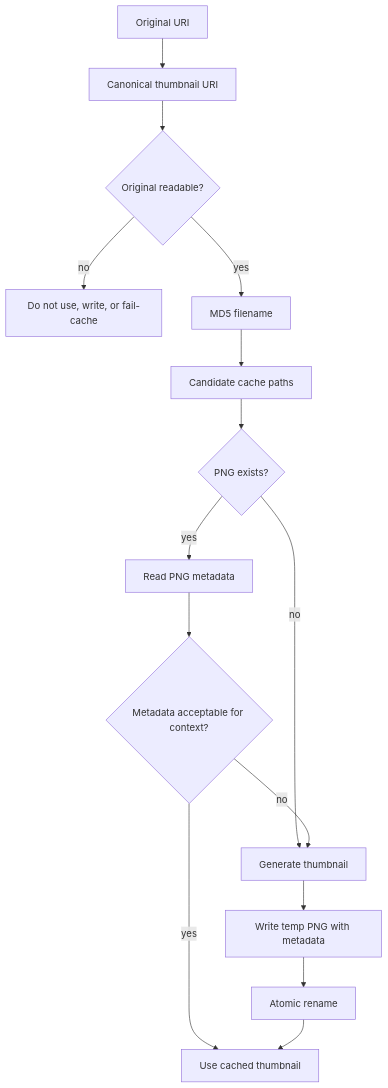
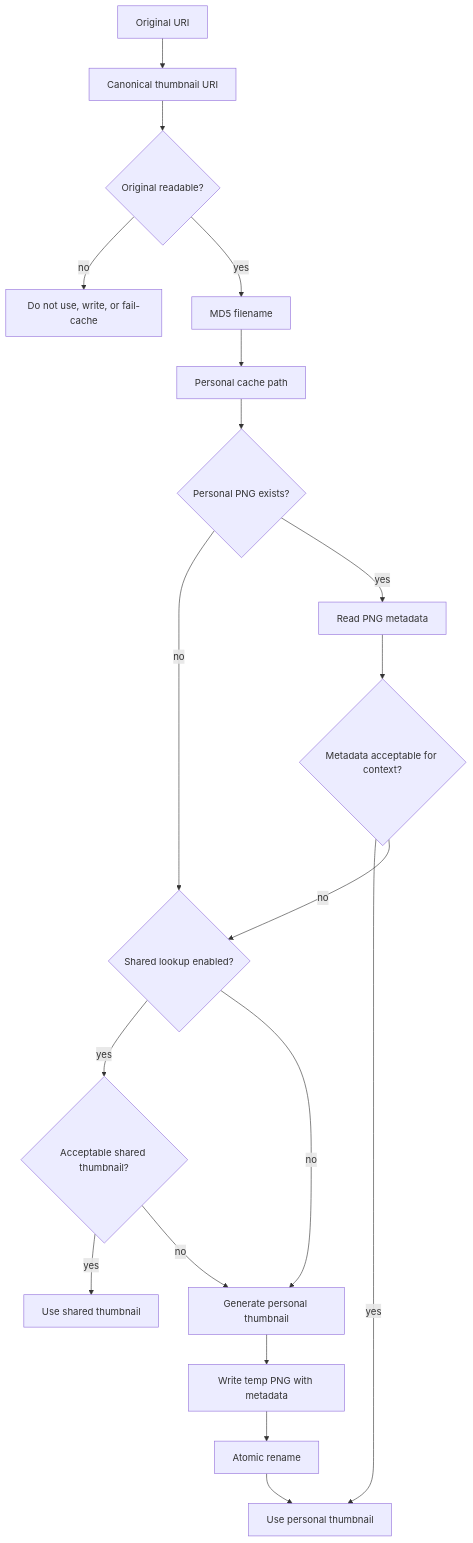
Before and after one commit to hnjae/xdg-thumbnail: the diagram in docs/architecture/thumbnail-lifecycle.md, drawn with Mermaid. The commit also changed other lines of this file and 5 other files, not shown here.

````diff
--- a/docs/architecture/thumbnail-lifecycle.md
+++ b/docs/architecture/thumbnail-lifecycle.md
@@ -7,17 +7,21 @@
 ```mermaid
 flowchart TD
     A[Original URI] --> B[Canonical thumbnail URI]
     B --> C{Original readable?}
     C -- no --> L[Do not use, write, or fail-cache]
     C -- yes --> D[MD5 filename]
-    D --> E[Candidate cache paths]
-    E --> F{PNG exists?}
-    F -- no --> G[Generate thumbnail]
+    D --> E[Personal cache path]
+    E --> F{Personal PNG exists?}
+    F -- no --> S{Shared lookup enabled?}
     F -- yes --> H[Read PNG metadata]
     H --> I{Metadata acceptable for context?}
-    I -- yes --> J[Use cached thumbnail]
-    I -- no --> G
+    I -- yes --> J[Use personal thumbnail]
+    I -- no --> S
+    S -- yes --> T{Acceptable shared thumbnail?}
+    T -- yes --> U[Use shared thumbnail]
+    T -- no --> G[Generate personal thumbnail]
+    S -- no --> G
     G --> K[Write temp PNG with metadata]
     K --> M[Atomic rename]
     M --> J
 ```
````
